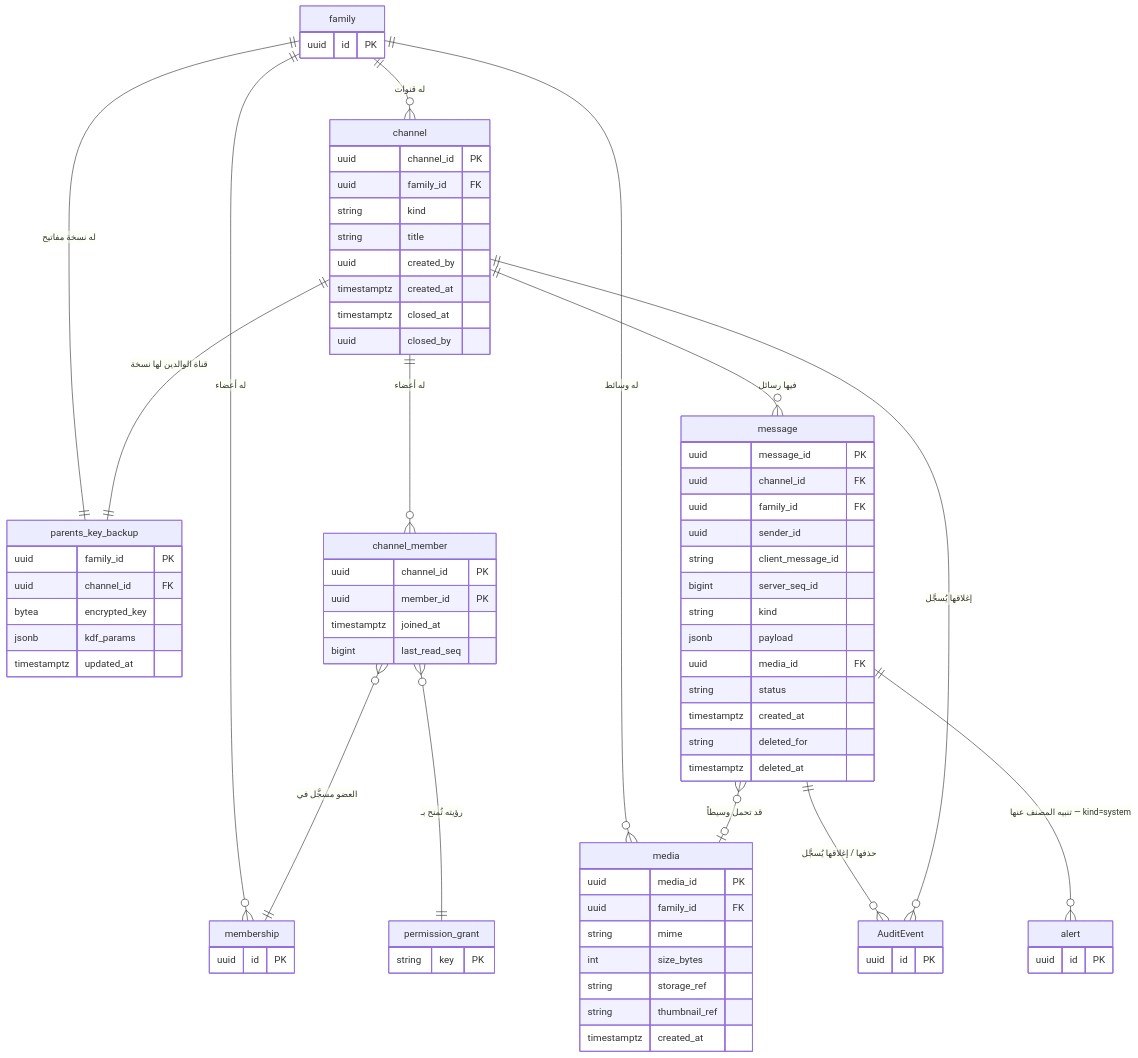
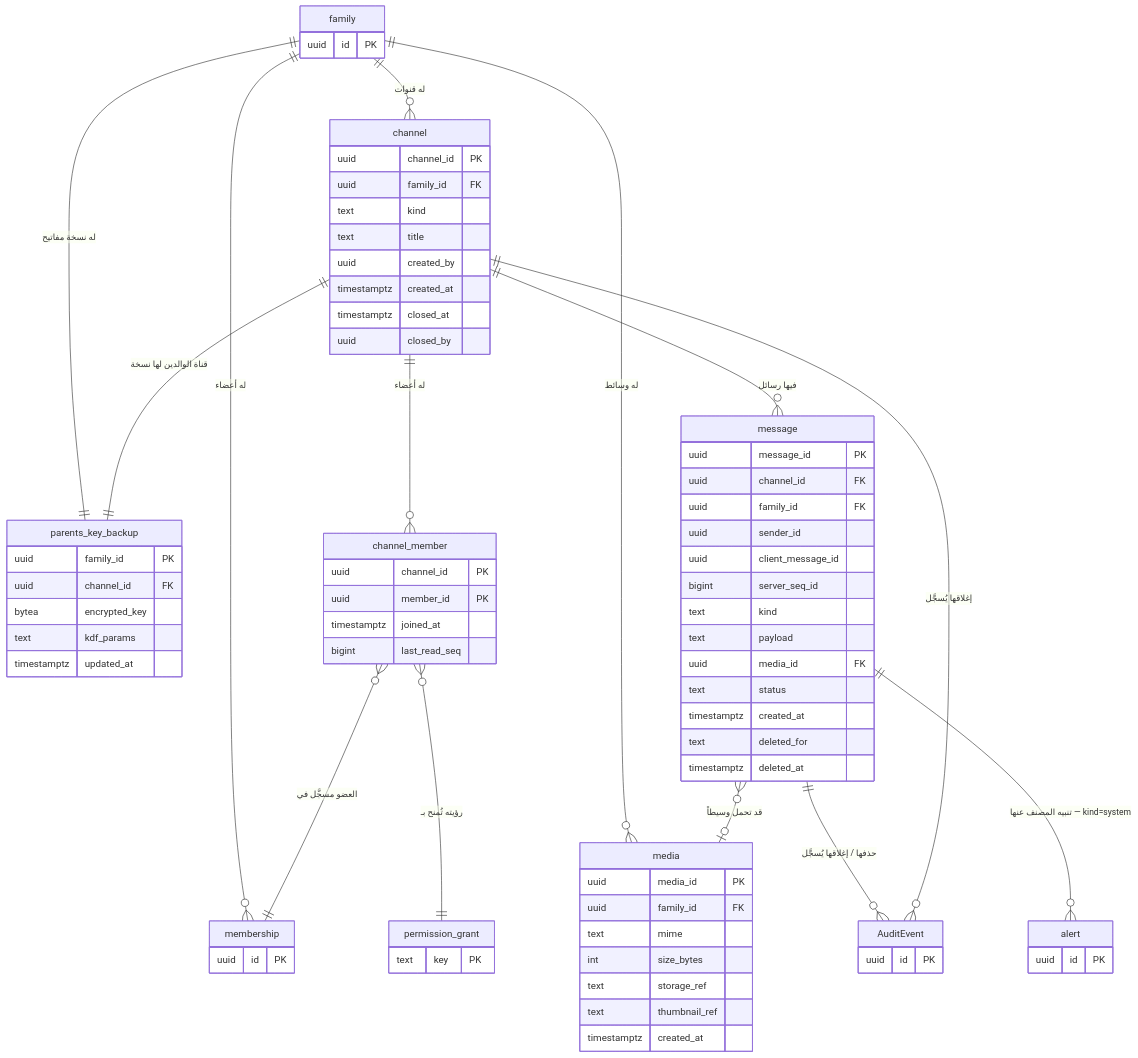
Before and after one commit to Bassam-mohammed-alqaeadi/family-os-v2: the second of 10 diagrams in docs/family-os/governance/phases/phase-1/S1-08-chat-basic/DIAGRAMS.md, drawn with Mermaid. The commit also changed 11 other files, not shown here.

Commit message:
Q-177: توحيد أنواع ERD (uuid/text/timestamptz) + ownership_transfer في ERD المعمارية

````diff
--- a/docs/family-os/governance/phases/phase-1/S1-08-chat-basic/DIAGRAMS.md
+++ b/docs/family-os/governance/phases/phase-1/S1-08-chat-basic/DIAGRAMS.md
@@ -93,79 +93,79 @@
 ```mermaid
 erDiagram
     family ||--o{ channel : "له قنوات"
     family ||--o{ media : "له وسائط"
     family ||--|| parents_key_backup : "له نسخة مفاتيح"
     family ||--o{ membership : "له أعضاء"
     channel ||--o{ channel_member : "له أعضاء"
     channel ||--o{ message : "فيها رسائل"
     channel ||--|| parents_key_backup : "قناة الوالدين لها نسخة"
     channel_member }o--|| membership : "العضو مسجَّل في"
     message }o--o| media : "قد تحمل وسيطاً"
     message ||--o{ AuditEvent : "حذفها / إغلاقها يُسجَّل"
     channel ||--o{ AuditEvent : "إغلاقها يُسجَّل"
     channel_member }o--|| permission_grant : "رؤيته تُمنح بـ"
     message ||--o{ alert : "تنبيه المصنف عنها — kind=system"
 
     channel {
         uuid channel_id PK
         uuid family_id FK
-        string kind
-        string title
+        text kind
+        text title
         uuid created_by
         timestamptz created_at
         timestamptz closed_at
         uuid closed_by
     }
     channel_member {
         uuid channel_id PK
         uuid member_id PK
         timestamptz joined_at
         bigint last_read_seq
     }
     message {
         uuid message_id PK
         uuid channel_id FK
         uuid family_id FK
         uuid sender_id
-        string client_message_id
+        uuid client_message_id
         bigint server_seq_id
-        string kind
-        jsonb payload
+        text kind
+        text payload
         uuid media_id FK
-        string status
+        text status
         timestamptz created_at
-        string deleted_for
+        text deleted_for
         timestamptz deleted_at
     }
     media {
         uuid media_id PK
         uuid family_id FK
-        string mime
+        text mime
         int size_bytes
-        string storage_ref
-        string thumbnail_ref
+        text storage_ref
+        text thumbnail_ref
         timestamptz created_at
     }
     parents_key_backup {
         uuid family_id PK
         uuid channel_id FK
         bytea encrypted_key
-        jsonb kdf_params
+        text kdf_params
         timestamptz updated_at
     }
     family {
         uuid id PK
     }
     membership {
         uuid id PK
     }
     permission_grant {
-        string key PK
+        text key PK
     }
     alert {
         uuid id PK
     }
     AuditEvent {
         uuid id PK
     }
 ```
````
